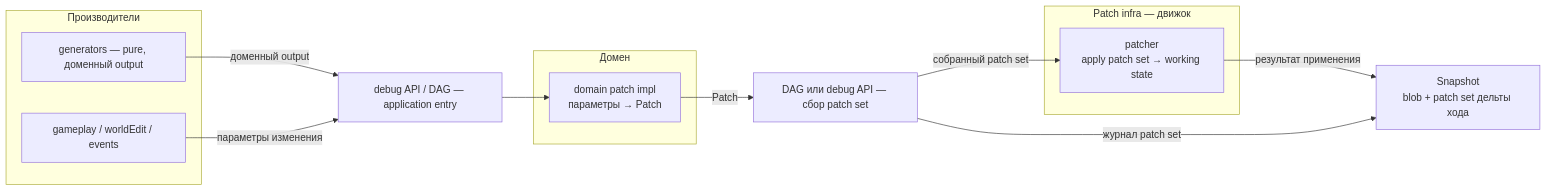
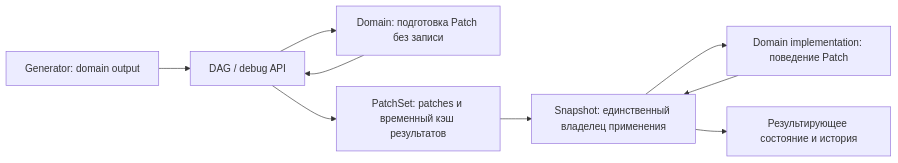
Before and after one commit to AndrewBondaren/AI-Project: the diagram in docs/tz_patch_system.md, drawn with Mermaid. The commit also changed other lines of this file and 12 other files, not shown here.

````diff
--- a/docs/tz_patch_system.md
+++ b/docs/tz_patch_system.md
@@ -79,27 +85,11 @@
 ```mermaid
 flowchart LR
-  subgraph producer[Производители]
-    GEN[generators — pure, доменный output]
-    GM[gameplay / worldEdit / events]
-  end
-
-  subgraph domain[Домен]
-    A[domain patch impl<br>параметры → Patch]
-  end
-
-  subgraph infra[Patch infra — движок]
-    PS[patcher<br>apply patch set → working state]
-  end
-
-  SNAP[Snapshot<br>blob + patch set дельты хода]
-
-  ENTRY[debug API / DAG — application entry]
-  DAG[DAG или debug API — сбор patch set]
-  GEN -->|доменный output| ENTRY
-  GM -->|параметры изменения| ENTRY
-  ENTRY --> A
-  A -->|Patch| DAG
-  DAG -->|собранный patch set| PS
-  PS -->|результат применения| SNAP
-  DAG -->|журнал patch set| SNAP
+  GEN[Generator: domain output] --> ENTRY[DAG / debug API]
+  ENTRY --> DOMAIN[Domain: подготовка Patch без записи]
+  DOMAIN --> ENTRY
+  ENTRY --> SET[PatchSet: patches и временный кэш результатов]
+  SET --> SNAP[Snapshot: единственный владелец применения]
+  SNAP --> BEHAVIOUR[Domain implementation: поведение Patch]
+  BEHAVIOUR --> SNAP
+  SNAP --> STORE[Результирующее состояние и история]
 ```
````
